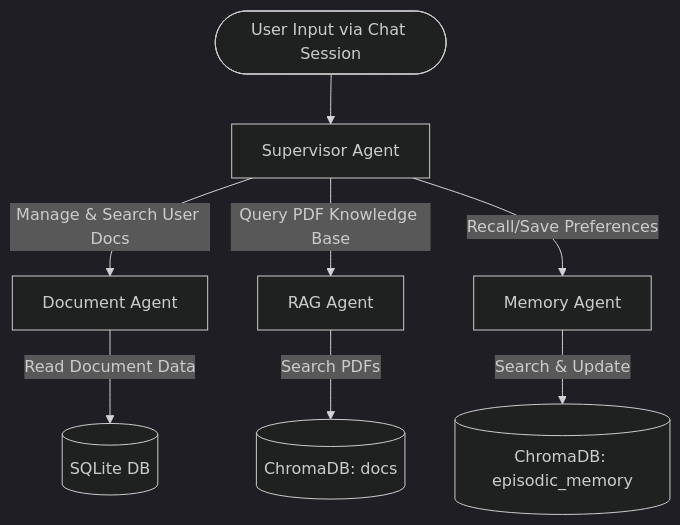
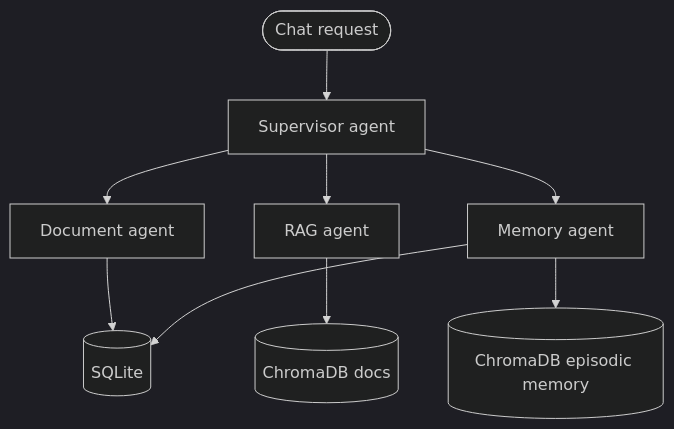
Before and after one commit to ghassengraja/AgenticRAG: the diagram in README.md, drawn with Mermaid (dark theme). The commit also changed other lines of this file and 19 other files, not shown here.

````diff
--- a/README.md
+++ b/README.md
@@ -9,12 +7,11 @@
 ```mermaid
 graph TD
-    User([User Input via Chat Session]) --> Supervisor[Supervisor Agent]
-    
-    Supervisor -->|Manage & Search User Docs| DocAgent[Document Agent]
-    Supervisor -->|Query PDF Knowledge Base| RAGAgent[RAG Agent]
-    Supervisor -->|Recall/Save Preferences| MemAgent[Memory Agent]
-    
-    DocAgent -->|Read Document Data| SQLite[(SQLite DB)]
-    RAGAgent -->|Search PDFs| ChromaDocs[(ChromaDB: docs)]
-    MemAgent -->|Search & Update| ChromaMem[(ChromaDB: episodic_memory)]
+    User([Chat request]) --> Supervisor[Supervisor agent]
+    Supervisor --> DocAgent[Document agent]
+    Supervisor --> RAGAgent[RAG agent]
+    Supervisor --> MemAgent[Memory agent]
+    DocAgent --> SQLite[(SQLite)]
+    RAGAgent --> ChromaDocs[(ChromaDB docs)]
+    MemAgent --> SQLite
+    MemAgent --> ChromaMem[(ChromaDB episodic memory)]
 ```
````
